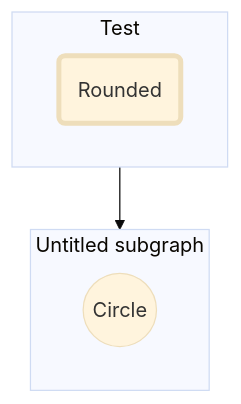
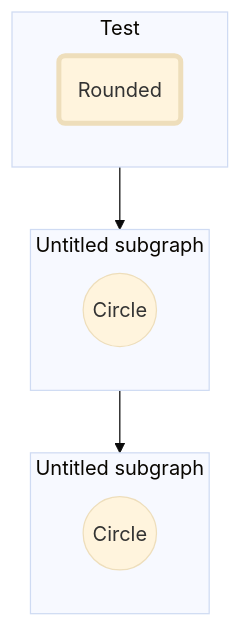
The diagram in tom/multi_test/2.md (JoelPaullONS/de-documentation-template), drawn with Mermaid (base theme) before and after one commit.

````diff
--- a/tom/multi_test/2.md
+++ b/tom/multi_test/2.md
@@ -1,16 +1,22 @@
 ```mermaid
 ---
 config:
   layout: fixed
 ---
 flowchart TD
  subgraph s1["Test"]
         n15["Rounded"]
   end
  subgraph s2["Untitled subgraph"]
         n16(("Circle"))
   end
+ subgraph s3["Untitled subgraph"]
+        n17(("Circle"))
+  end
     s1 --> s2
+    s2 --> s3
     n15@{ shape: rounded}
     style n15 stroke-width:4px,stroke-dasharray: 0
+    click n16 "[View File](2.md)"
+
 ```
````
